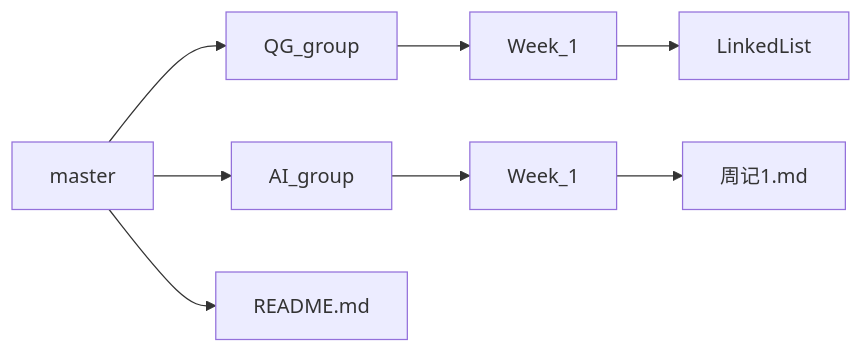
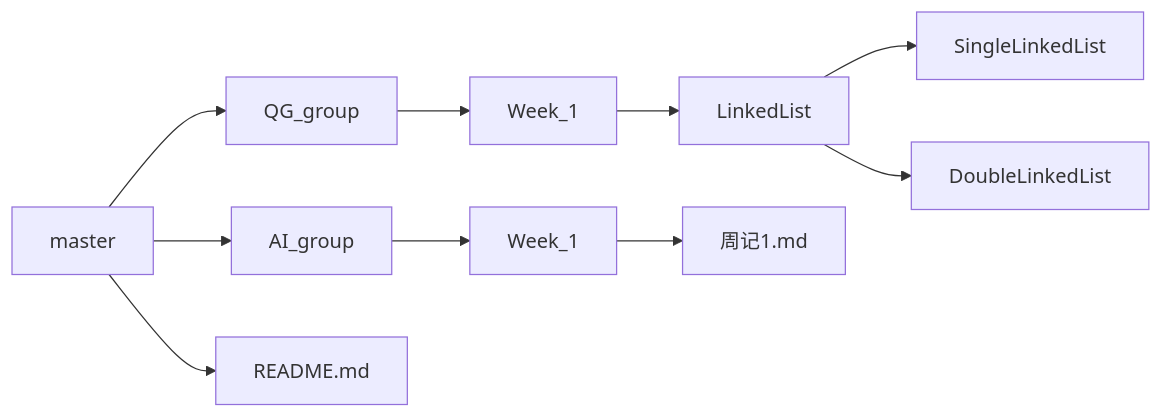
One commit to sevanthea7/QG_training_camp changed the diagram in README.md. Above: the diagram before and after it, drawn with Mermaid.

````diff
--- a/README.md
+++ b/README.md
@@ -1,10 +1,12 @@
 ```mermaid
 graph LR
 master --> QG_group
 master --> AI_group
 master --> README.md
 QG_group --> 1[Week_1]
 1[Week_1] --> LinkedList
+LinkedList --> SingleLinkedList
+LinkedList --> DoubleLinkedList
 AI_group --> 2[Week_1]
 2[Week_1] --> 周记1.md
 ```
````
